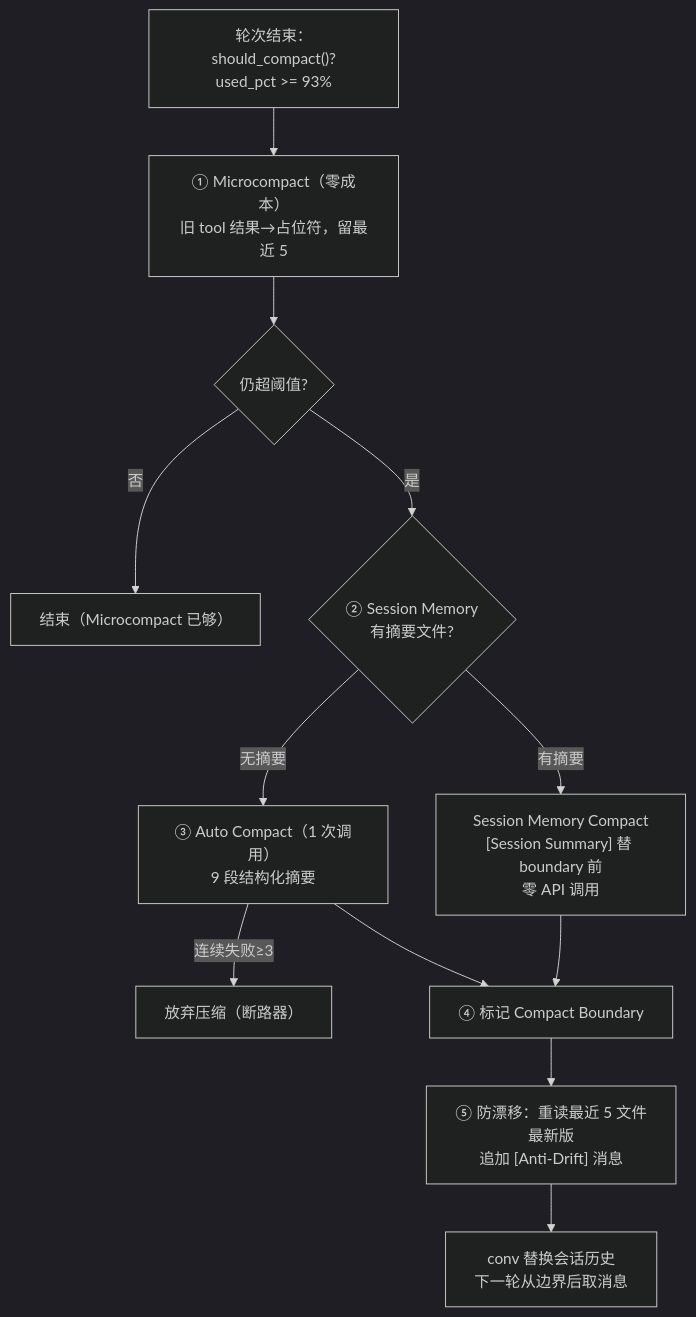
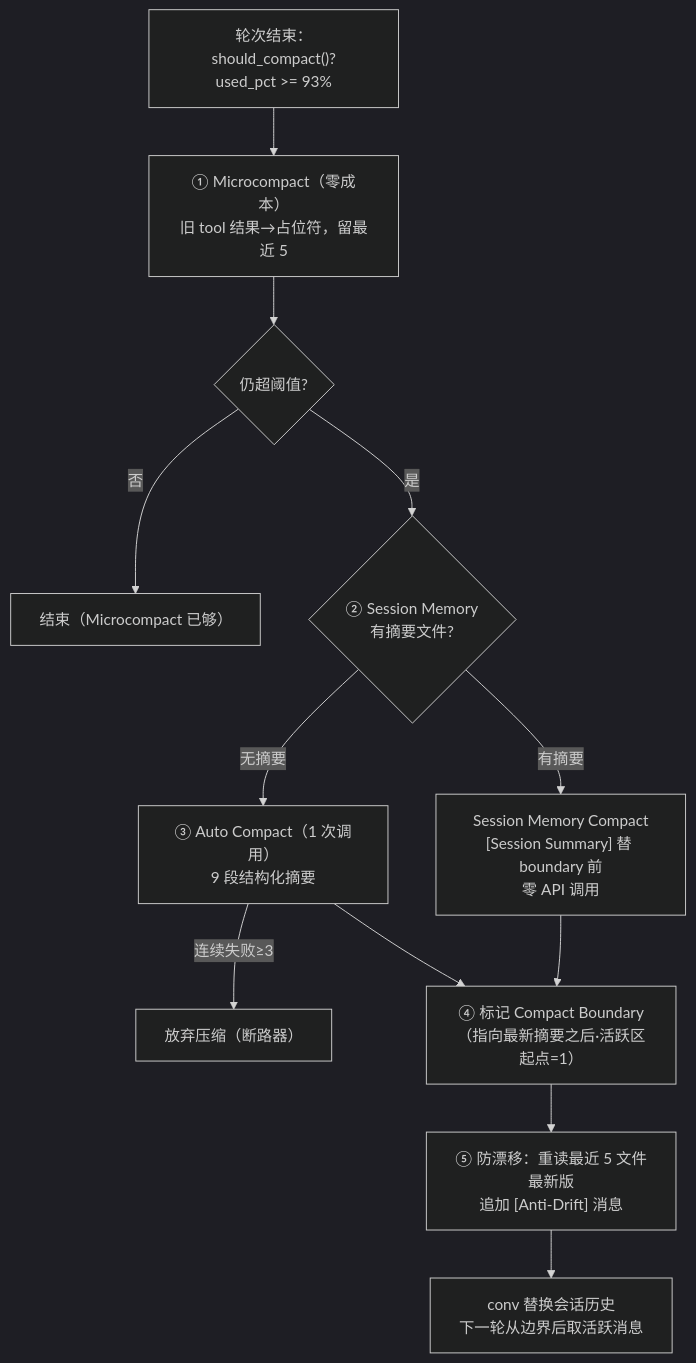
One commit to SyncFunc/work-agent changed the fourth of 5 diagrams in docs/上下文与记忆体系介绍.md. Above: the diagram before and after it, drawn with Mermaid (dark theme). The commit also changed other lines of this file and 8 other files, not shown here.

````diff
--- a/docs/上下文与记忆体系介绍.md
+++ b/docs/上下文与记忆体系介绍.md
@@ -146,14 +207,14 @@
 ```mermaid
 flowchart TD
     Start["轮次结束：should_compact()?<br/>used_pct >= 93%"] --> MC["① Microcompact（零成本）<br/>旧 tool 结果→占位符，留最近 5"]
     MC --> Q{"仍超阈值?"}
     Q -- "否" --> Done1["结束（Microcompact 已够）"]
     Q -- "是" --> SM{"② Session Memory<br/>有摘要文件?"}
     SM -- "有摘要" --> SMc["Session Memory Compact<br/>[Session Summary] 替 boundary 前<br/>零 API 调用"]
     SM -- "无摘要" --> AC["③ Auto Compact（1 次调用）<br/>9 段结构化摘要"]
     AC -- "连续失败≥3" --> Give["放弃压缩（断路器）"]
-    SMc --> Bound["④ 标记 Compact Boundary"]
+    SMc --> Bound["④ 标记 Compact Boundary（指向最新摘要之后·活跃区起点=1）"]
     AC --> Bound
     Bound --> AD["⑤ 防漂移：重读最近 5 文件最新版<br/>追加 [Anti-Drift] 消息"]
-    AD --> Done2["conv 替换会话历史<br/>下一轮从边界后取消息"]
+    AD --> Done2["conv 替换会话历史<br/>下一轮从边界后取活跃消息"]
 ```
````
